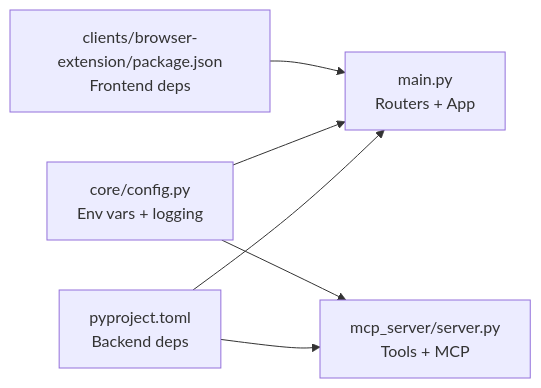
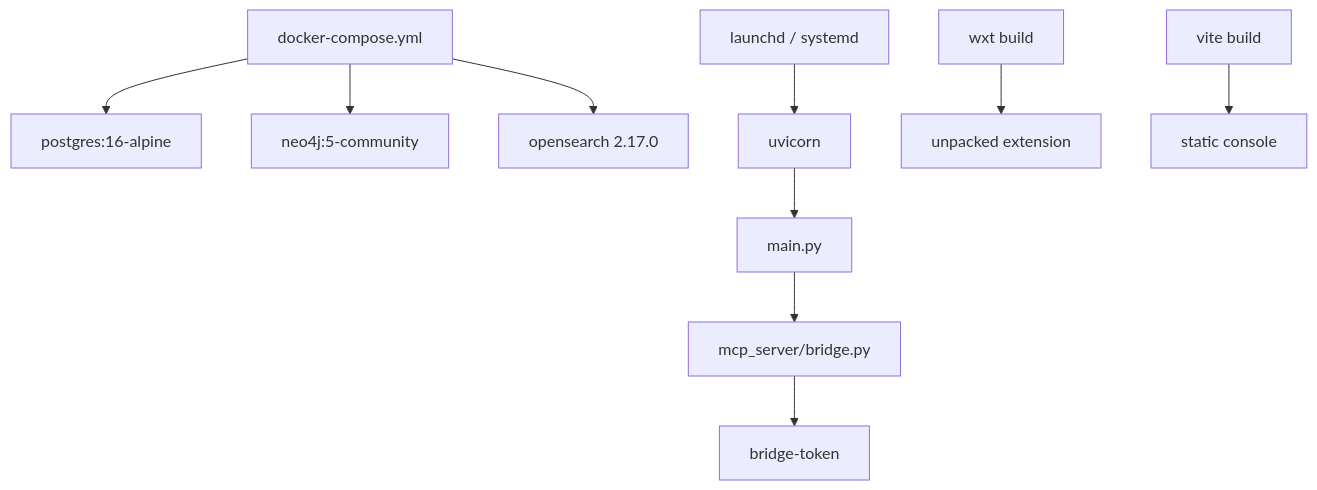
The fifth of 5 diagrams in src/data/docs/agentic-browser/Deployment and Operations.md (tashifkhan/tashif.codes), drawn with Mermaid before and after one commit. The commit also changed other lines of this file and 114 other files, not shown here.

````diff
--- a/src/data/docs/agentic-browser/Deployment and Operations.md
+++ b/src/data/docs/agentic-browser/Deployment and Operations.md
@@ -259,13 +195,12 @@
 ```mermaid
-graph LR
-P["pyproject.toml<br/>Backend deps"]
-E["clients/browser-extension/package.json<br/>Frontend deps"]
-C["core/config.py<br/>Env vars + logging"]
-M["mcp_server/server.py<br/>Tools + MCP"]
-A["main.py<br/>Routers + App"]
-P --> A
-P --> M
-C --> A
-C --> M
-E --> A
+graph TB
+  Compose["docker-compose.yml"] --> Postgres["postgres:16-alpine"]
+  Compose --> Neo4j["neo4j:5-community"]
+  Compose --> OS["opensearch 2.17.0"]
+  Service["launchd / systemd"] --> Uvicorn["uvicorn"]
+  Uvicorn --> Main["main.py"]
+  Main --> Bridge["mcp_server/bridge.py"]
+  Bridge --> Token["bridge-token"]
+  Build["wxt build"] --> Ext["unpacked extension"]
+  Build2["vite build"] --> Console["static console"]
 ```
````
